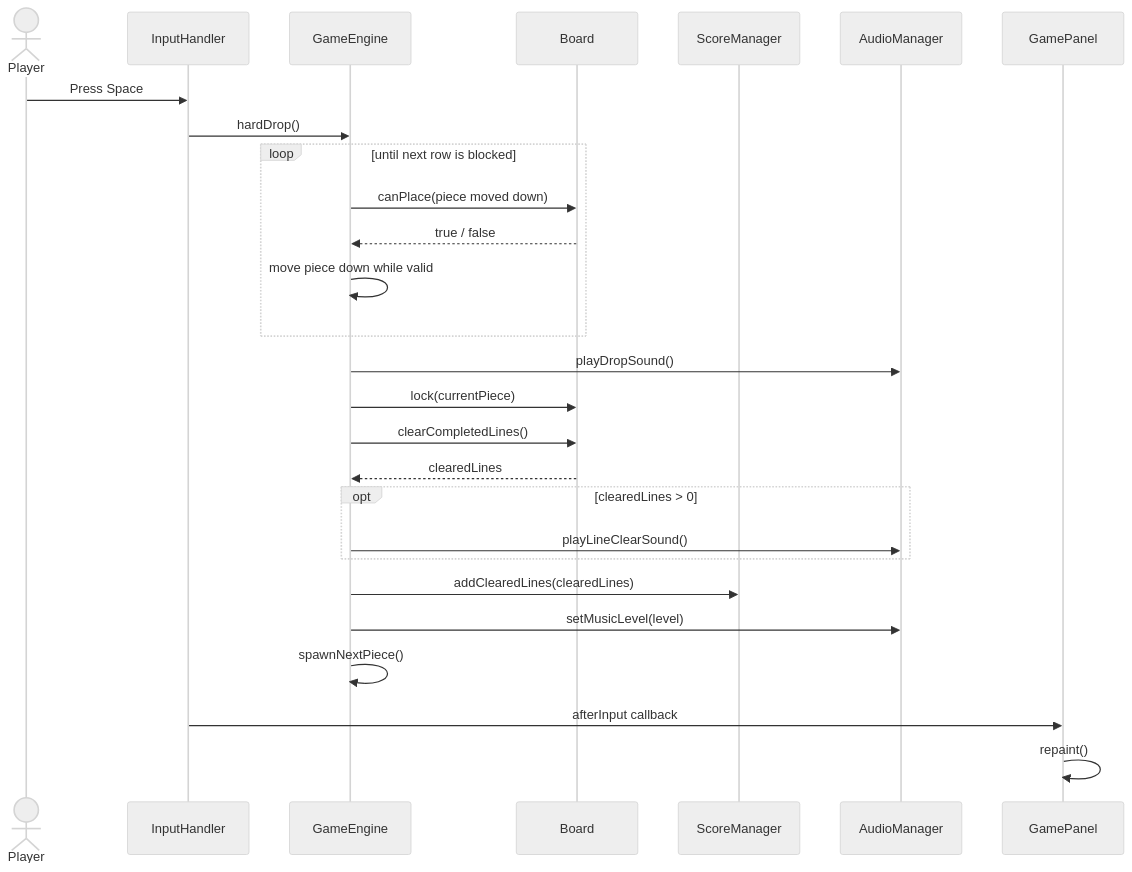
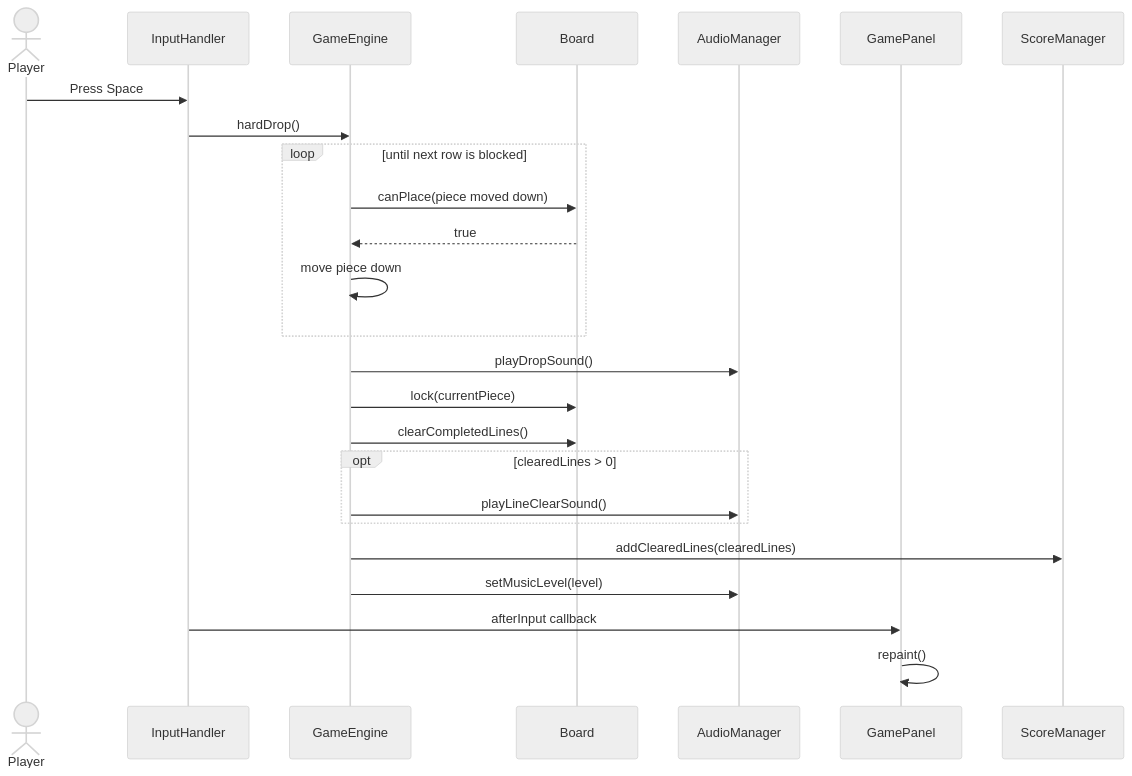
One commit to sheng-luen-chung/java-swing-tetris changed the fifth of 6 diagrams in docs/uml-class-design.md. Above: the diagram before and after it, drawn with Mermaid (neutral theme). The commit also changed other lines of this file, not shown here.

Commit message:
更新 UML 文件至 Version 3 設計

````diff
--- a/docs/uml-class-design.md
+++ b/docs/uml-class-design.md
@@ -298,30 +286,27 @@
 ```mermaid
 sequenceDiagram
     actor Player
     participant InputHandler
     participant GameEngine
     participant Board
-    participant ScoreManager
     participant AudioManager
     participant GamePanel
 
     Player->>InputHandler: Press Space
     InputHandler->>GameEngine: hardDrop()
     loop until next row is blocked
         GameEngine->>Board: canPlace(piece moved down)
-        Board-->>GameEngine: true / false
-        GameEngine->>GameEngine: move piece down while valid
+        Board-->>GameEngine: true
+        GameEngine->>GameEngine: move piece down
     end
     GameEngine->>AudioManager: playDropSound()
     GameEngine->>Board: lock(currentPiece)
     GameEngine->>Board: clearCompletedLines()
-    Board-->>GameEngine: clearedLines
     opt clearedLines > 0
         GameEngine->>AudioManager: playLineClearSound()
     end
     GameEngine->>ScoreManager: addClearedLines(clearedLines)
     GameEngine->>AudioManager: setMusicLevel(level)
-    GameEngine->>GameEngine: spawnNextPiece()
     InputHandler->>GamePanel: afterInput callback
     GamePanel->>GamePanel: repaint()
 ```
````
